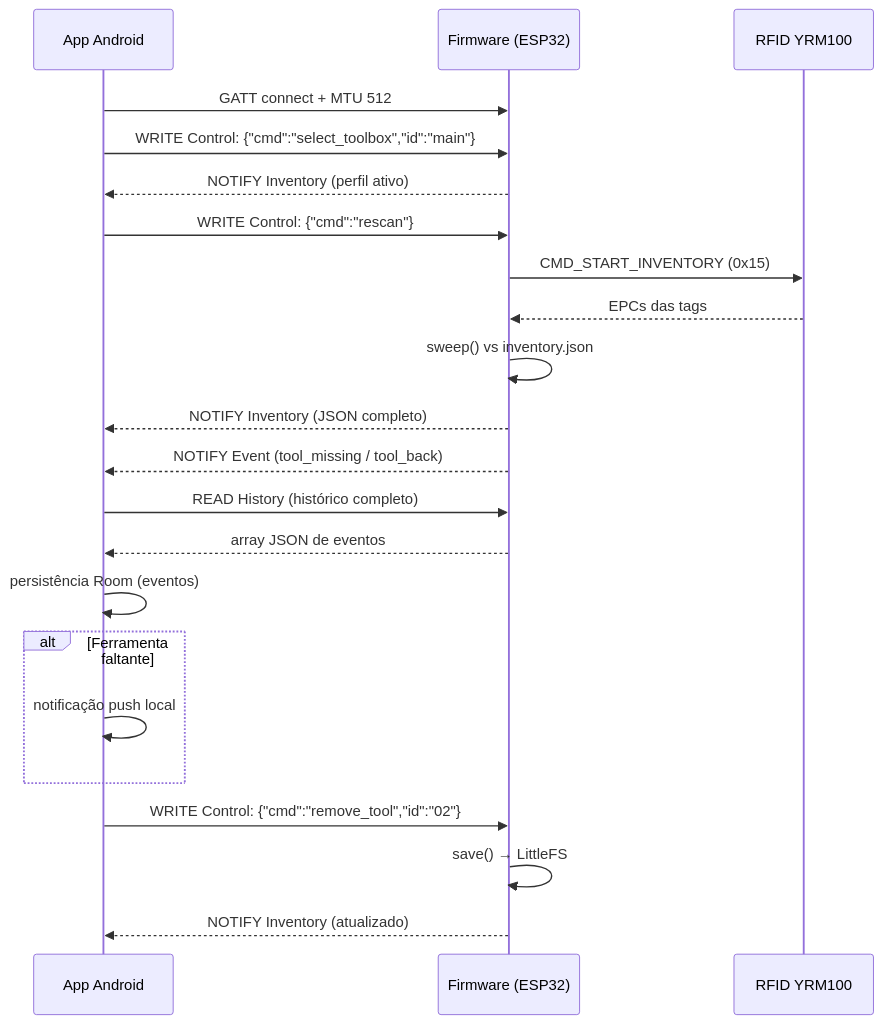
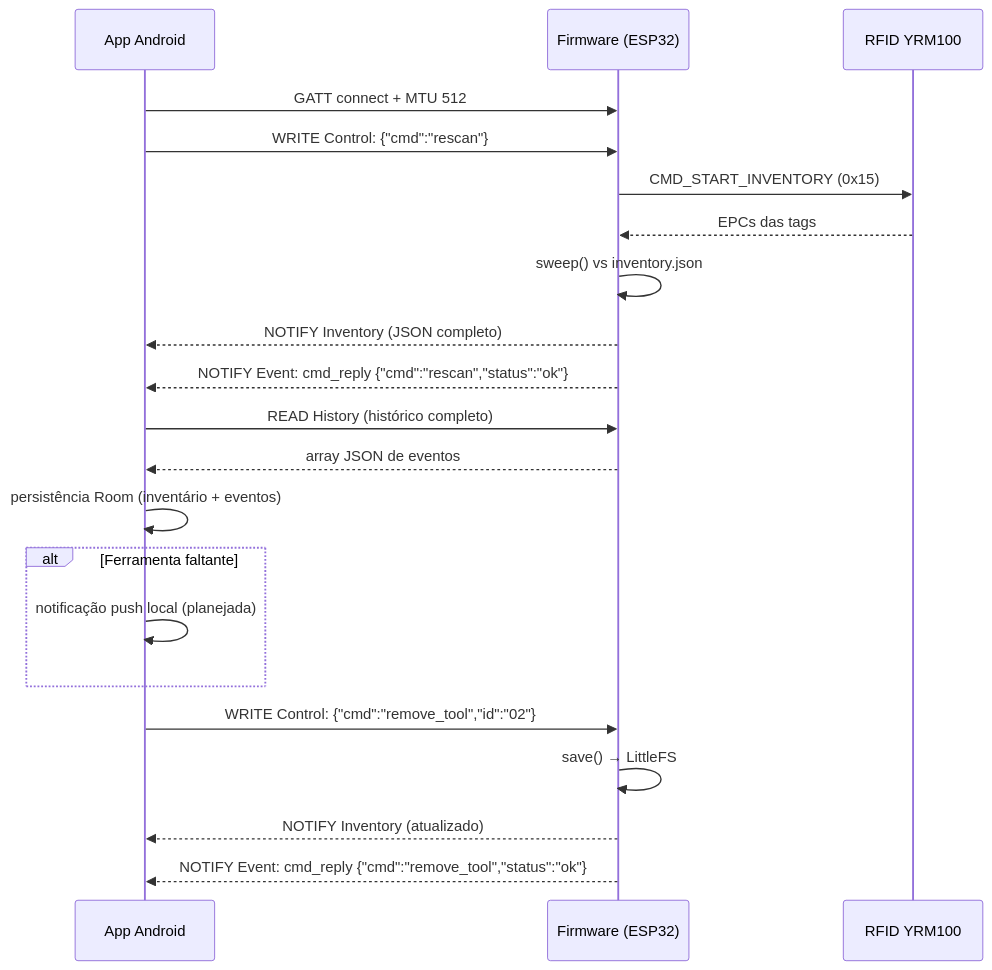
One commit to charlles-dev/trakr changed the second of 3 diagrams in docs/protocol/gatt.md. Above: the diagram before and after it, drawn with Mermaid. The commit also changed other lines of this file and 81 other files, not shown here.

````diff
--- a/docs/protocol/gatt.md
+++ b/docs/protocol/gatt.md
@@ -82,25 +143,24 @@
 ```mermaid
 sequenceDiagram
     participant A as App Android
     participant F as Firmware (ESP32)
     participant R as RFID YRM100
 
     A->>F: GATT connect + MTU 512
-    A->>F: WRITE Control: {"cmd":"select_toolbox","id":"main"}
-    F-->>A: NOTIFY Inventory (perfil ativo)
     A->>F: WRITE Control: {"cmd":"rescan"}
     F->>R: CMD_START_INVENTORY (0x15)
     R-->>F: EPCs das tags
     F->>F: sweep() vs inventory.json
     F-->>A: NOTIFY Inventory (JSON completo)
-    F-->>A: NOTIFY Event (tool_missing / tool_back)
+    F-->>A: NOTIFY Event: cmd_reply {"cmd":"rescan","status":"ok"}
     A->>F: READ History (histórico completo)
     F-->>A: array JSON de eventos
-    A->>A: persistência Room (eventos)
+    A->>A: persistência Room (inventário + eventos)
     alt Ferramenta faltante
-        A->>A: notificação push local
+        A->>A: notificação push local (planejada)
     end
     A->>F: WRITE Control: {"cmd":"remove_tool","id":"02"}
     F->>F: save() → LittleFS
     F-->>A: NOTIFY Inventory (atualizado)
+    F-->>A: NOTIFY Event: cmd_reply {"cmd":"remove_tool","status":"ok"}
 ```
````
